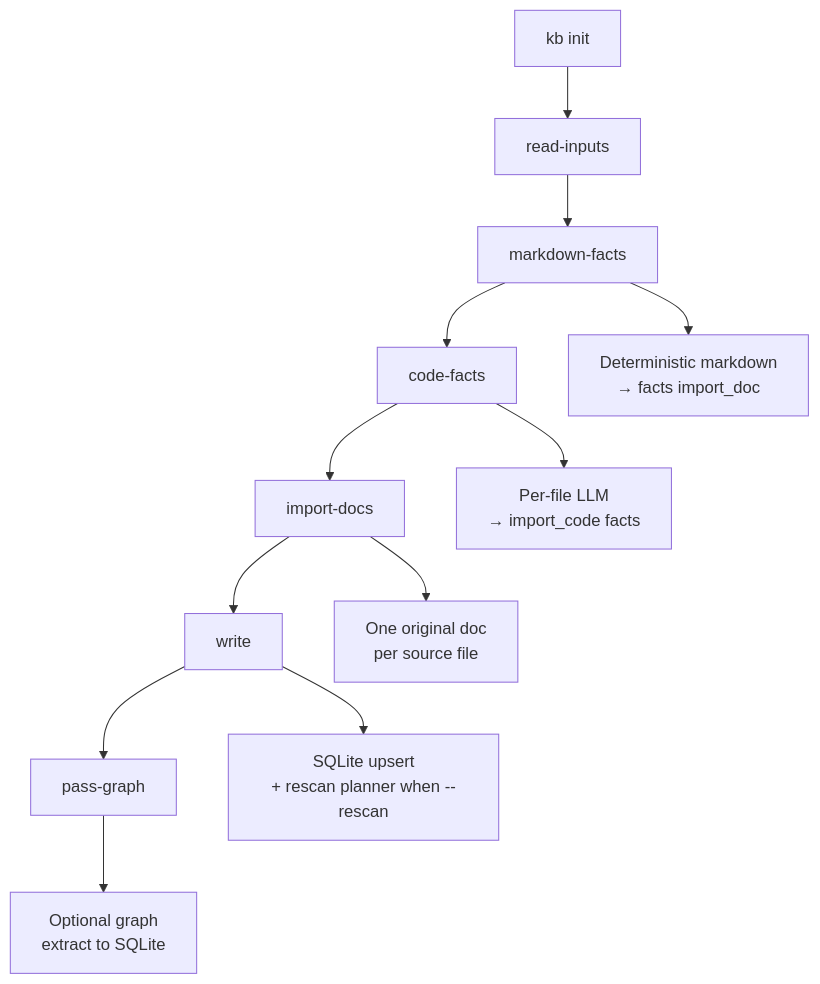
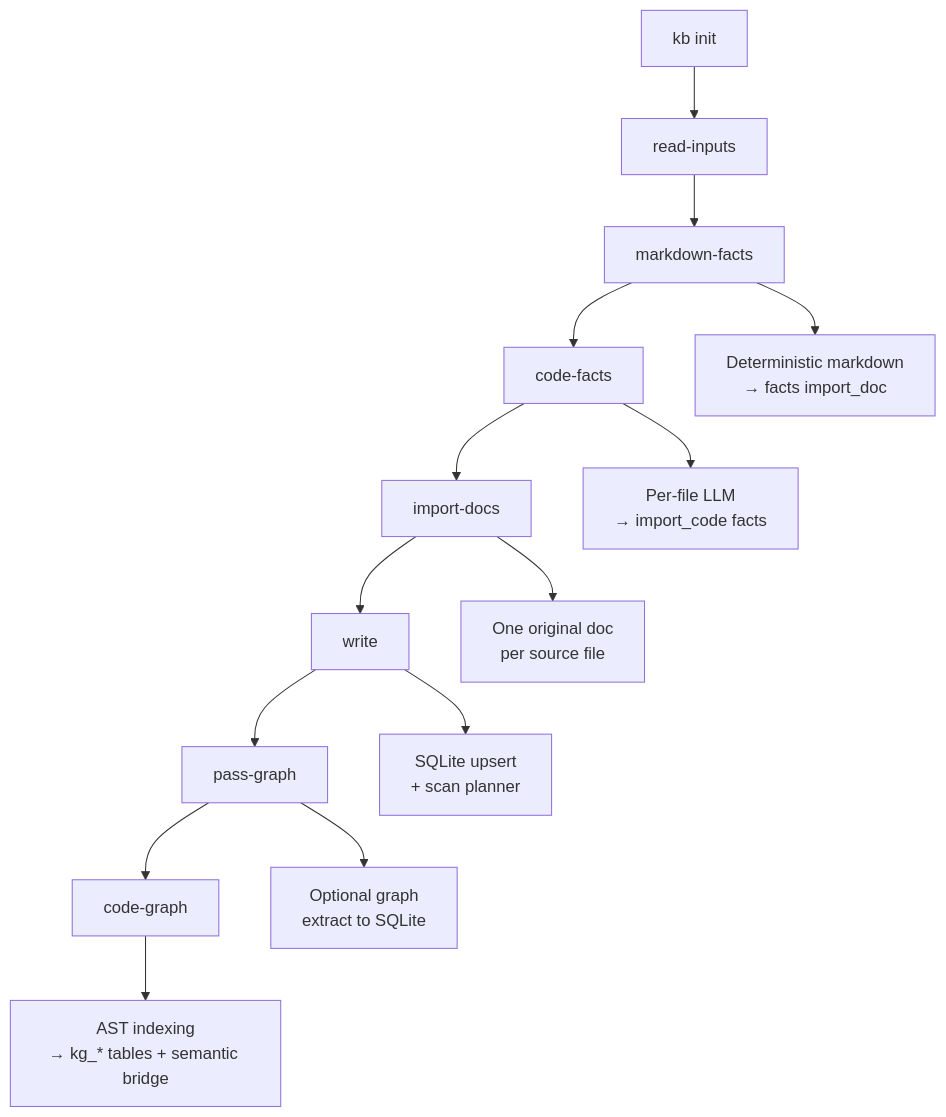
One commit to rosenjcb/kb changed the second of 2 diagrams in docs/_original_docs/src-core-init.md. Above: the diagram before and after it, drawn with Mermaid. The commit also changed other lines of this file and 48 other files, not shown here.

````diff
--- a/docs/_original_docs/src-core-init.md
+++ b/docs/_original_docs/src-core-init.md
@@ -41,15 +41,17 @@
 ```mermaid
 flowchart TD
     A[kb init] --> R[read-inputs]
     R --> MF[markdown-facts]
     MF --> CF[code-facts]
     CF --> IM[import-docs]
     IM --> W[write]
     W --> PG[pass-graph]
+    PG --> CG[code-graph]
 
     MF --> MF1["Deterministic markdown\n→ facts import_doc"]
     CF --> CF1["Per-file LLM\n→ import_code facts"]
     IM --> IM1["One original doc\nper source file"]
-    W --> W1["SQLite upsert\n+ rescan planner when --rescan"]
+    W --> W1["SQLite upsert\n+ scan planner"]
     PG --> PG1["Optional graph\nextract to SQLite"]
+    CG --> CG1["AST indexing\n→ kg_* tables + semantic bridge"]
 ```
````
